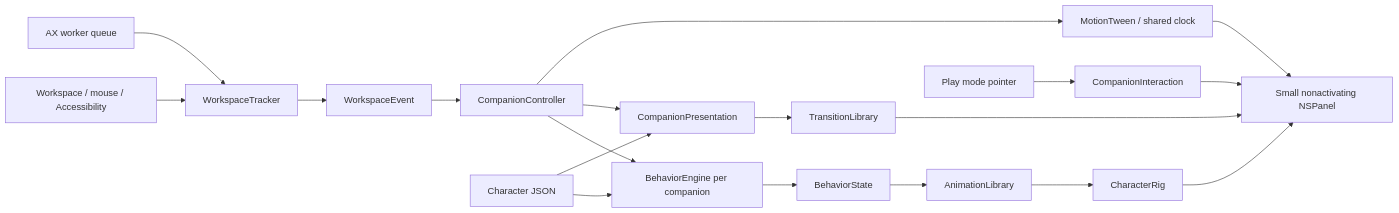
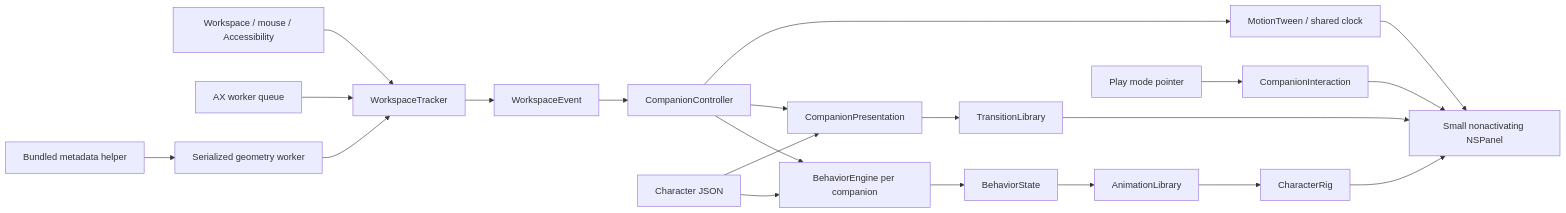
One commit to cristipufu/sillies changed the diagram in docs/architecture.md. Above: the diagram before and after it, drawn with Mermaid. The commit also changed other lines of this file and 63 other files, not shown here.

````diff
--- a/docs/architecture.md
+++ b/docs/architecture.md
@@ -5,21 +5,23 @@
 ```mermaid
 flowchart LR
     OS[Workspace / mouse / Accessibility] --> Tracker[WorkspaceTracker]
     AX[AX worker queue] --> Tracker
+    Metadata[Bundled metadata helper] --> Worker[Serialized geometry worker]
+    Worker --> Tracker
     Tracker --> Events[WorkspaceEvent]
     Events --> Controller[CompanionController]
     Packs[Character JSON] --> Brain[BehaviorEngine per companion]
     Controller --> Brain
     Brain --> State[BehaviorState]
     State --> Clips[AnimationLibrary]
     Clips --> Rig[CharacterRig]
     Packs --> Presentation[CompanionPresentation]
     Controller --> Presentation
     Presentation --> Transitions[TransitionLibrary]
     Transitions --> Panel
     Pointer[Play mode pointer] --> Interaction[CompanionInteraction]
     Interaction --> Panel
     Controller --> Motion[MotionTween / shared clock]
     Motion --> Panel[Small nonactivating NSPanel]
     Rig --> Panel
 ```
````
